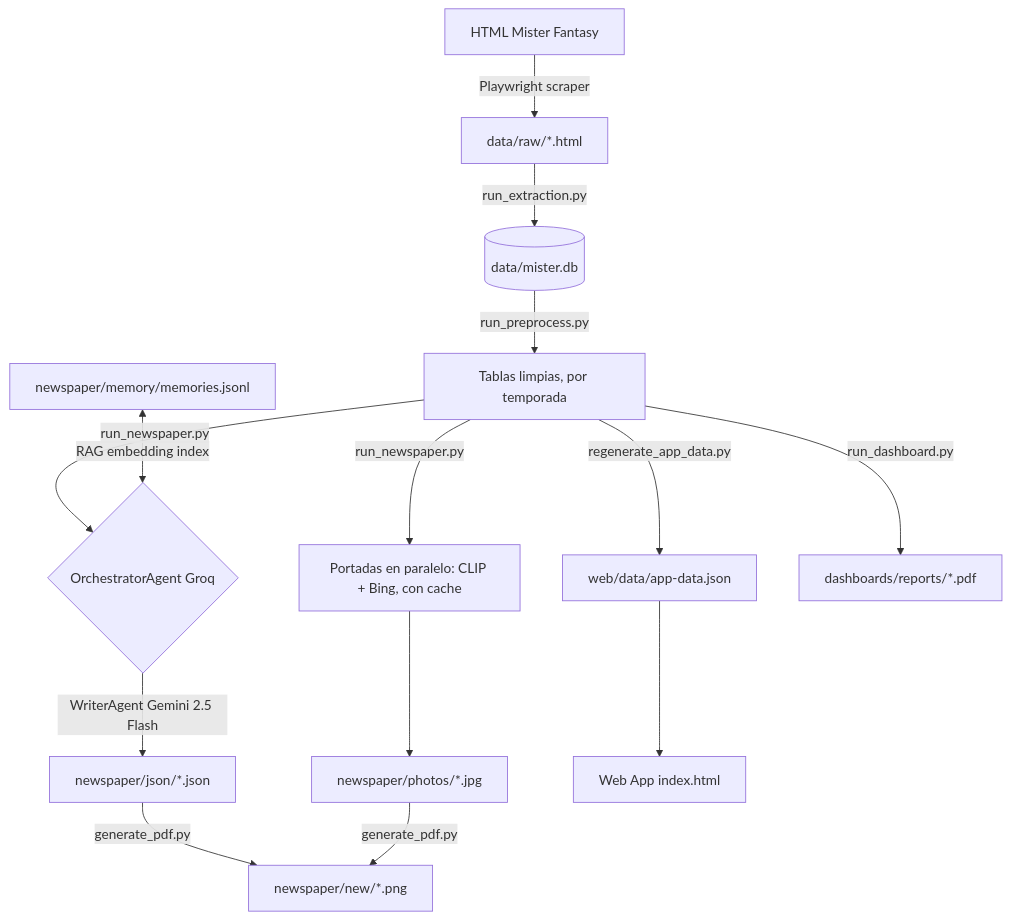
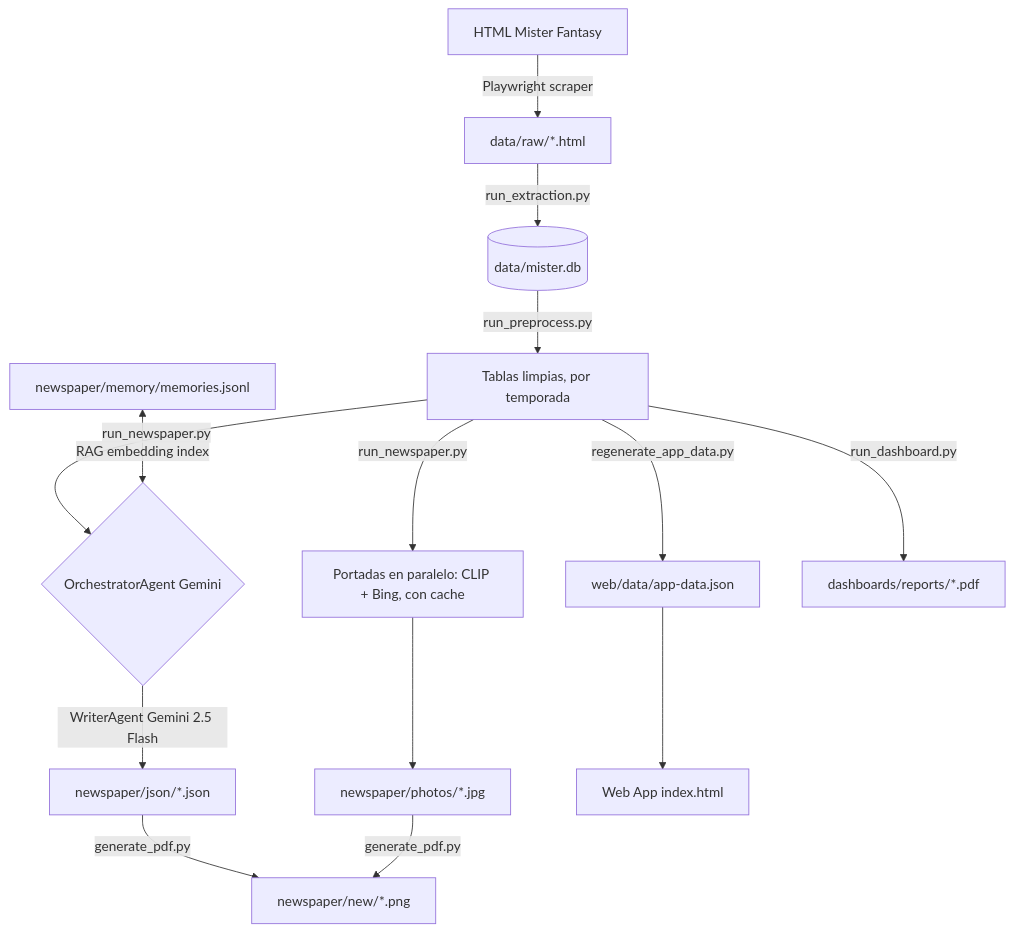
One commit to javica98/MisterFantasy_analytics changed the diagram in README.md. Above: the diagram before and after it, drawn with Mermaid. The commit also changed other lines of this file and 23 other files, not shown here.

````diff
--- a/README.md
+++ b/README.md
@@ -21,19 +21,19 @@
 ```mermaid
 graph TD
     A[HTML Mister Fantasy] -->|Playwright scraper| B[data/raw/*.html]
     B -->|run_extraction.py| C[(data/mister.db)]
     C -->|run_preprocess.py| D[Tablas limpias, por temporada]
 
     D -->|run_newspaper.py| P[Portadas en paralelo: CLIP + Bing, con cache]
     P --> G[newspaper/photos/*.jpg]
-    D -->|run_newspaper.py| E{OrchestratorAgent Groq}
+    D -->|run_newspaper.py| E{OrchestratorAgent Gemini}
     E -->|WriterAgent Gemini 2.5 Flash| F[newspaper/json/*.json]
     F & G -->|generate_pdf.py| H[newspaper/new/*.png]
 
     D -->|regenerate_app_data.py| I[web/data/app-data.json]
     I --> J[Web App index.html]
 
     D -->|run_dashboard.py| K[dashboards/reports/*.pdf]
 
     L[newspaper/memory/memories.jsonl] <-->|RAG embedding index| E
 ```
````
